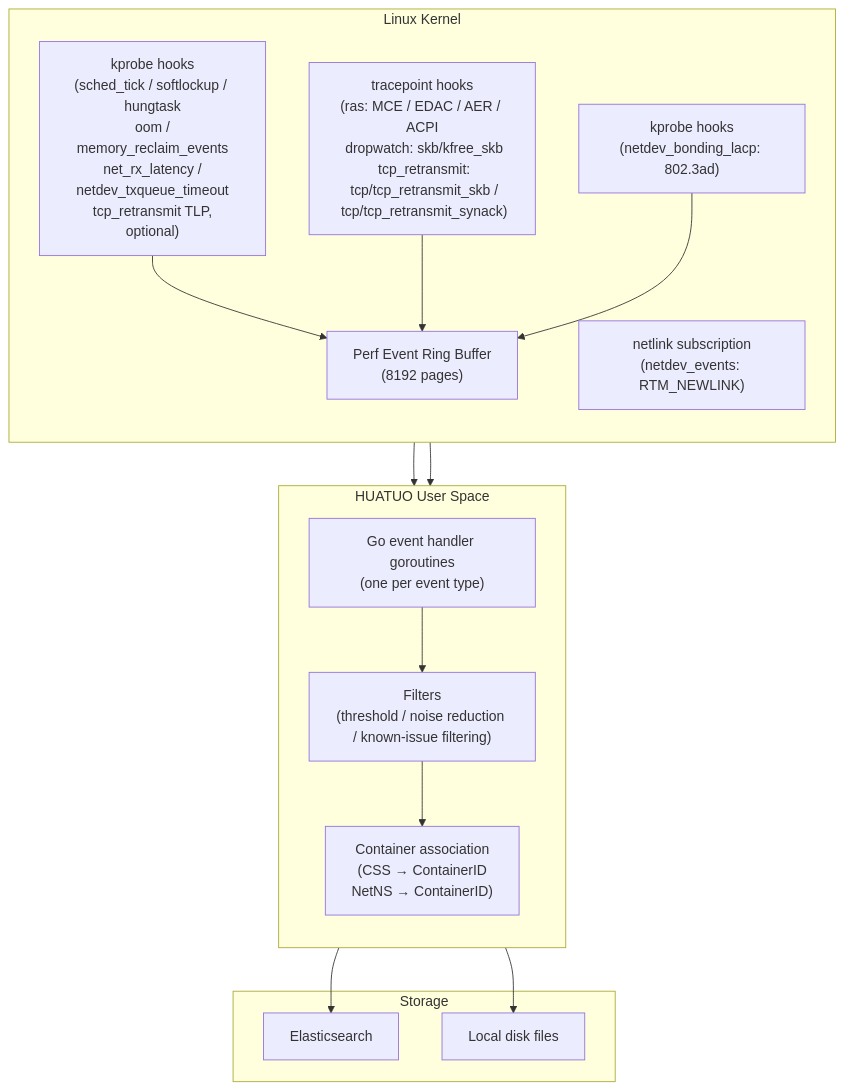
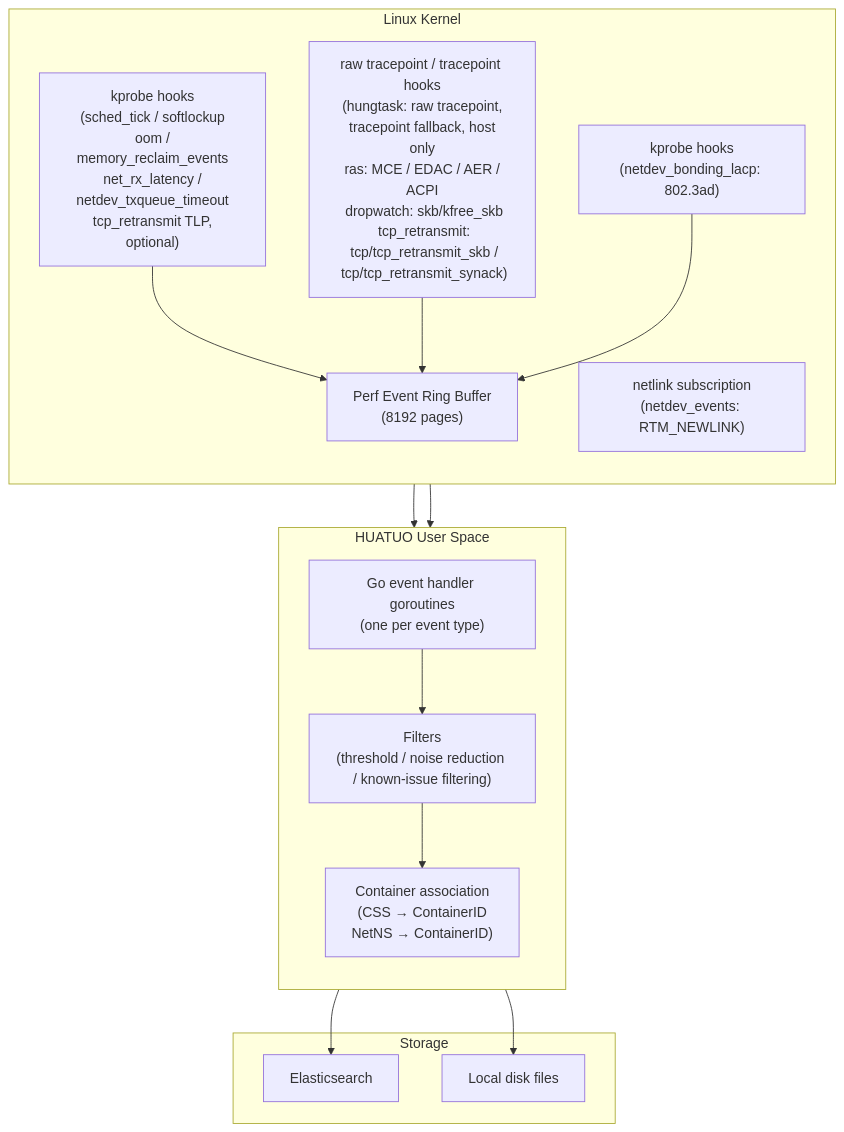
One commit to ccfos/huatuo changed the first of 2 diagrams in docs/key-feature/instant-observability_en.md. Above: the diagram before and after it, drawn with Mermaid. The commit also changed other lines of this file and 10 other files, not shown here.

First line of the commit message:
feat(events): attribute hungtask events and counts to containers

````diff
--- a/docs/key-feature/instant-observability_en.md
+++ b/docs/key-feature/instant-observability_en.md
@@ -522,33 +524,33 @@
 ```mermaid
 graph TB
     subgraph "Linux Kernel"
         direction TB
-        K1["kprobe hooks\n(sched_tick / softlockup / hungtask\n oom / memory_reclaim_events\n net_rx_latency / netdev_txqueue_timeout\n tcp_retransmit TLP, optional)"]
-        K2["tracepoint hooks\n(ras: MCE / EDAC / AER / ACPI\n dropwatch: skb/kfree_skb\n tcp_retransmit:\n tcp/tcp_retransmit_skb /\n tcp/tcp_retransmit_synack)"]
+        K1["kprobe hooks\n(sched_tick / softlockup\n oom / memory_reclaim_events\n net_rx_latency / netdev_txqueue_timeout\n tcp_retransmit TLP, optional)"]
+        K2["raw tracepoint / tracepoint hooks\n(hungtask: raw tracepoint,\n tracepoint fallback, host only\n ras: MCE / EDAC / AER / ACPI\n dropwatch: skb/kfree_skb\n tcp_retransmit:\n tcp/tcp_retransmit_skb /\n tcp/tcp_retransmit_synack)"]
         K3["netlink subscription\n(netdev_events: RTM_NEWLINK)"]
         K4["kprobe hooks\n(netdev_bonding_lacp: 802.3ad)"]
         PEB["Perf Event Ring Buffer\n(8192 pages)"]
     end
 
     subgraph "HUATUO User Space"
         direction TB
         EH["Go event handler goroutines\n(one per event type)"]
         CF["Filters\n(threshold / noise reduction / known-issue filtering)"]
         CM["Container association\n(CSS → ContainerID\n NetNS → ContainerID)"]
     end
 
     subgraph "Storage"
         ES["Elasticsearch"]
         DISK["Local disk files"]
     end
 
     K1 --> PEB
     K2 --> PEB
     K4 --> PEB
     PEB --> EH
     K3 --> EH
     EH --> CF
     CF --> CM
     CM --> ES
     CM --> DISK
 ```
````
